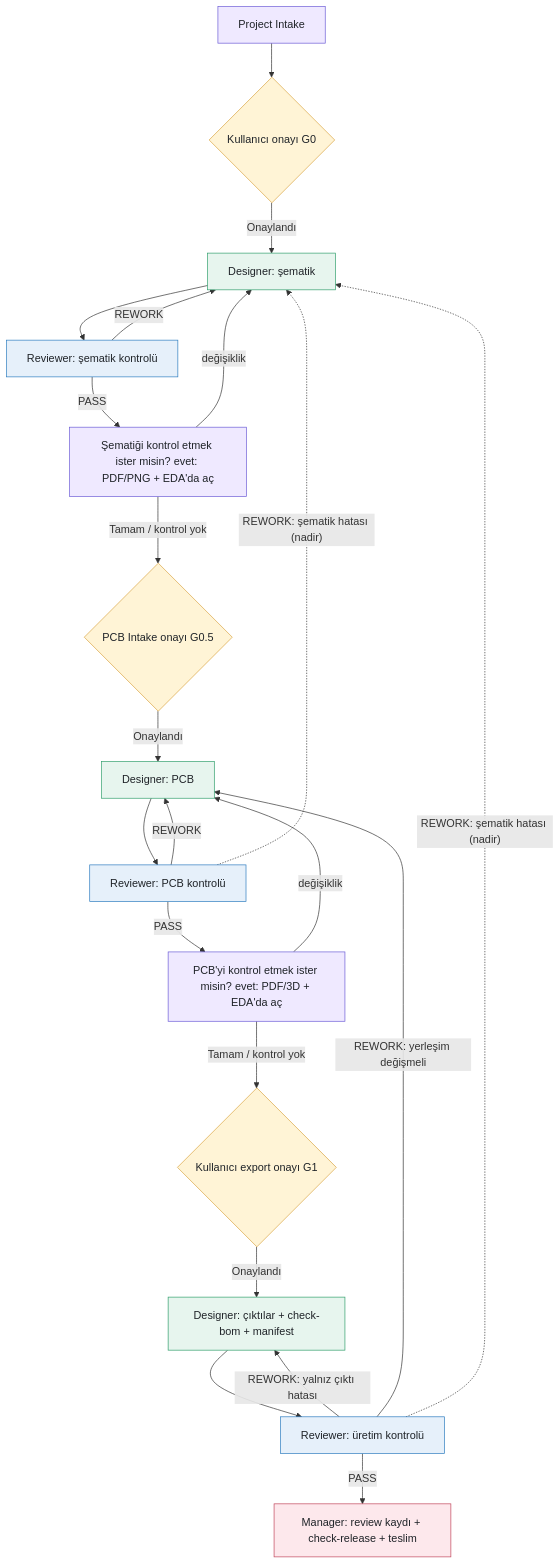
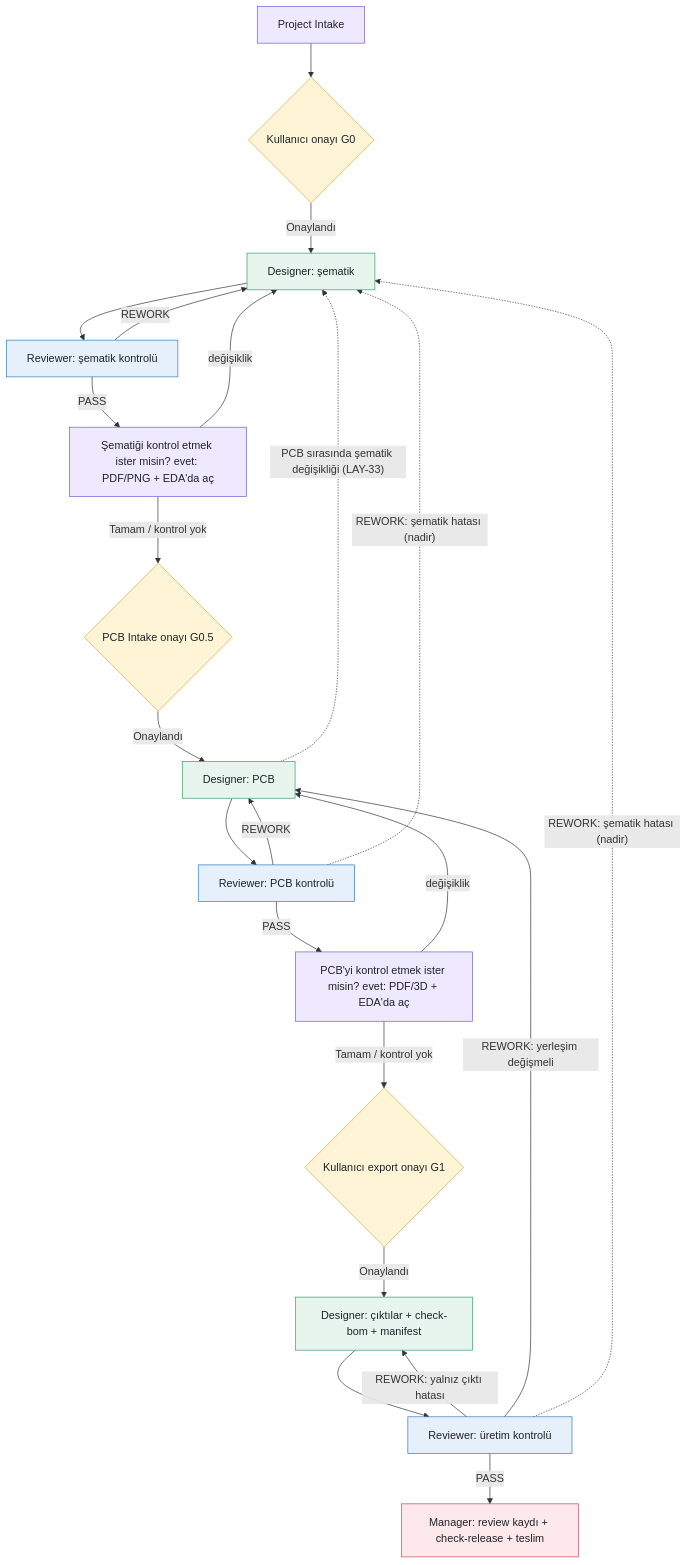
The fourth of 4 diagrams in README.tr.md (d0ukan/ai-hw-designer), drawn with Mermaid before and after one commit. The commit also changed other lines of this file and 8 other files, not shown here.

Commit message:
v1.31: PCB prep during schematic (SCH-16), PCB notes (SCH-17), schematic change during layout loop (LAY-33), DES-16, REV-19

````diff
--- a/README.tr.md
+++ b/README.tr.md
@@ -179,33 +180,34 @@
 ```mermaid
 flowchart TD
     I["Project Intake"] --> A{"Kullanıcı onayı G0"}
     A -->|"Onaylandı"| D["Designer: şematik"]
     D --> S["Reviewer: şematik kontrolü"]
     S -->|"REWORK"| D
     S -->|"PASS"| US["Şematiği kontrol etmek ister misin? evet: PDF/PNG + EDA'da aç"]
     US -->|"değişiklik"| D
     US -->|"Tamam / kontrol yok"| B{"PCB Intake onayı G0.5"}
     B -->|"Onaylandı"| P["Designer: PCB"]
     P --> R["Reviewer: PCB kontrolü"]
     R -->|"REWORK"| P
     R -->|"PASS"| UP["PCB'yi kontrol etmek ister misin? evet: PDF/3D + EDA'da aç"]
     UP -->|"değişiklik"| P
     UP -->|"Tamam / kontrol yok"| G{"Kullanıcı export onayı G1"}
     G -->|"Onaylandı"| E["Designer: çıktılar + check-bom + manifest"]
     E --> V["Reviewer: üretim kontrolü"]
     V -->|"REWORK: yalnız çıktı hatası"| E
     V -->|"REWORK: yerleşim değişmeli"| P
+    P -.->|"PCB sırasında şematik değişikliği (LAY-33)"| D
     R -.->|"REWORK: şematik hatası (nadir)"| D
     V -.->|"REWORK: şematik hatası (nadir)"| D
     V -->|"PASS"| H["Manager: review kaydı + check-release + teslim"]
     classDef gate fill:#fff4d6,stroke:#d9a441,color:#1f2328
     classDef des fill:#e7f5ee,stroke:#2f9e6b,color:#1f2328
     classDef rev fill:#e6f0fa,stroke:#2b7bbf,color:#1f2328
     classDef user fill:#efe9ff,stroke:#6b5bd6,color:#1f2328
     classDef done fill:#fde8ec,stroke:#c0455a,color:#1f2328
     class A,B,G gate
     class D,P,E des
     class S,R,V rev
     class I,US,UP user
     class H done
 ```
````
